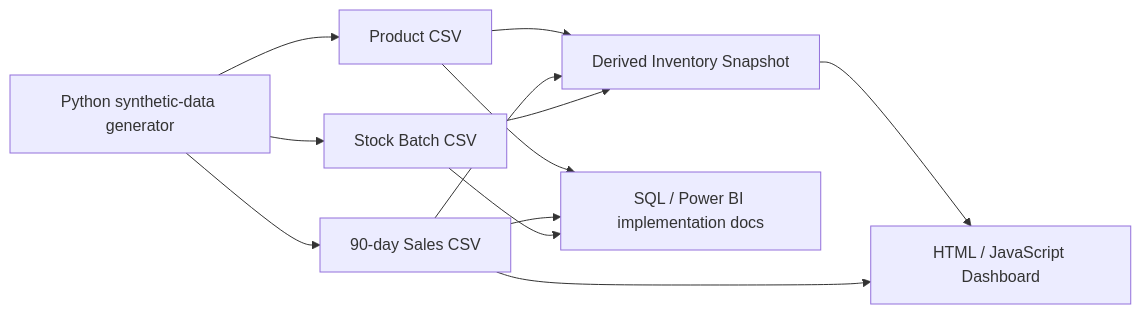
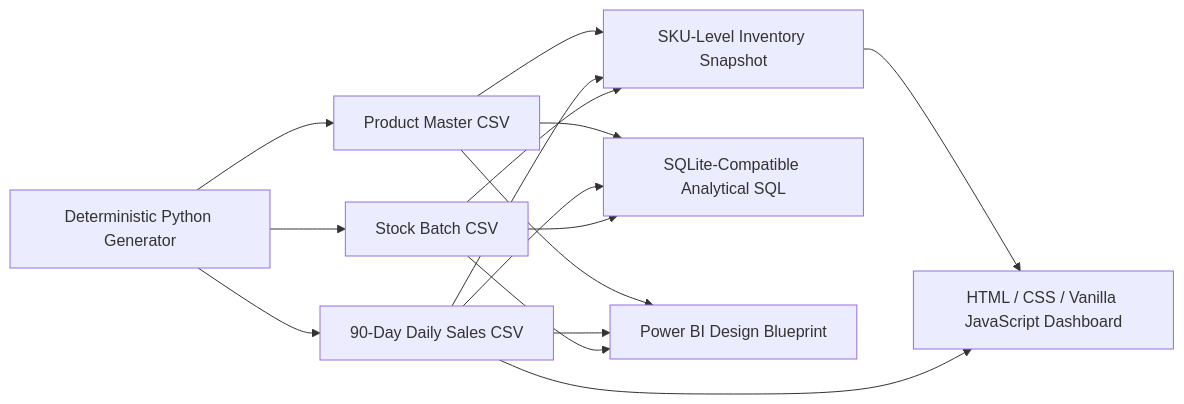
The diagram in docs/ARCHITECTURE.md (khaledzidan203-stack/pharmacy-stock-analytics-portfolio), drawn with Mermaid before and after one commit. The commit also changed other lines of this file, not shown here.

Commit message:
docs: clarify implemented architecture and tool boundaries

````diff
--- a/docs/ARCHITECTURE.md
+++ b/docs/ARCHITECTURE.md
@@ -5,14 +5,17 @@
 ```mermaid
 flowchart LR
-    A[Python synthetic-data generator] --> B[Product CSV]
-    A --> C[90-day Sales CSV]
+    A[Deterministic Python Generator] --> B[Product Master CSV]
+    A --> C[90-Day Daily Sales CSV]
     A --> D[Stock Batch CSV]
-    B --> E[Derived Inventory Snapshot]
+    B --> E[SKU-Level Inventory Snapshot]
     C --> E
     D --> E
-    E --> F[HTML / JavaScript Dashboard]
+    E --> F[HTML / CSS / Vanilla JavaScript Dashboard]
     C --> F
-    B --> G[SQL / Power BI implementation docs]
+    B --> G[SQLite-Compatible Analytical SQL]
     C --> G
     D --> G
+    B --> H[Power BI Design Blueprint]
+    C --> H
+    D --> H
 ```
````
